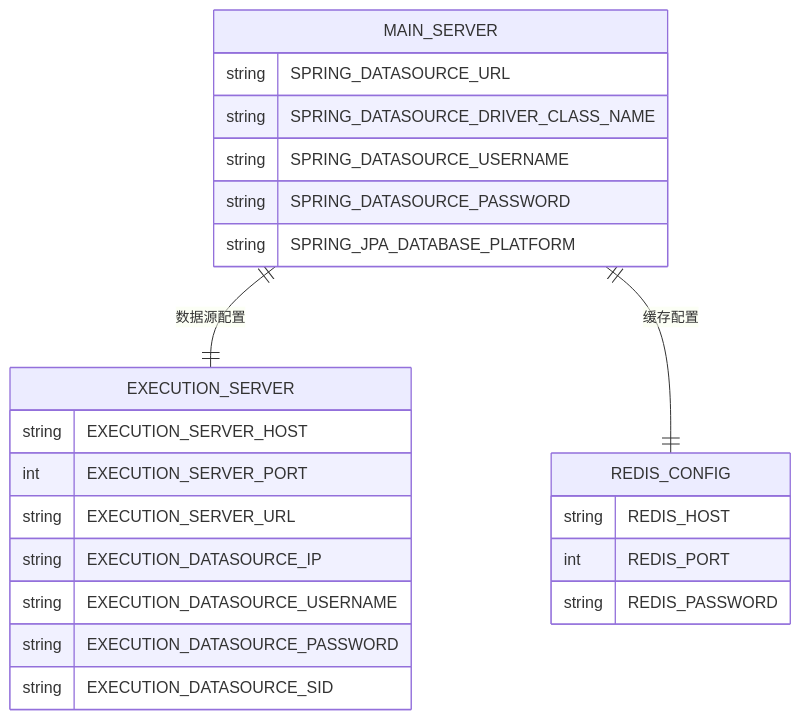
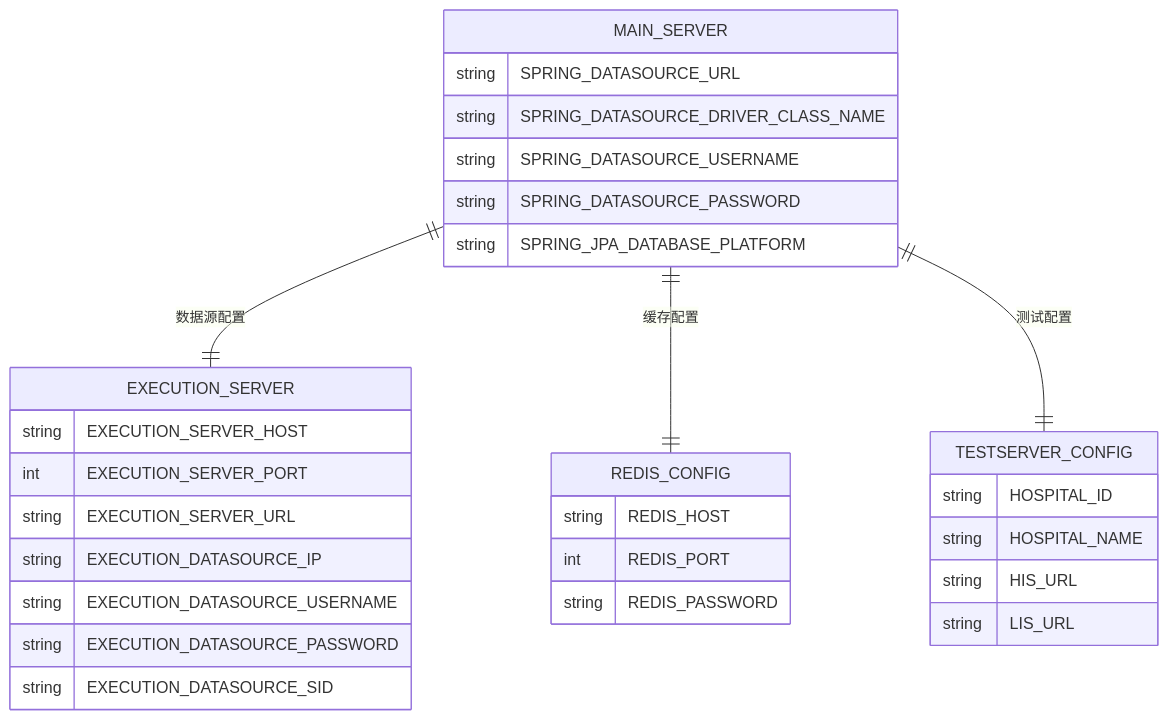
The fourth of 7 diagrams in .qoder/repowiki/zh/content/部署指南/测试服务器部署指南.md (liuzh2008/med_ai_assistant_workspace), drawn with Mermaid before and after one commit. The commit also changed other lines of this file and 3 other files, not shown here.

````diff
--- a/.qoder/repowiki/zh/content/部署指南/测试服务器部署指南.md
+++ b/.qoder/repowiki/zh/content/部署指南/测试服务器部署指南.md
@@ -208,26 +242,33 @@
 ```mermaid
 erDiagram
 MAIN_SERVER {
 string SPRING_DATASOURCE_URL
 string SPRING_DATASOURCE_DRIVER_CLASS_NAME
 string SPRING_DATASOURCE_USERNAME
 string SPRING_DATASOURCE_PASSWORD
 string SPRING_JPA_DATABASE_PLATFORM
 }
 EXECUTION_SERVER {
 string EXECUTION_SERVER_HOST
 int EXECUTION_SERVER_PORT
 string EXECUTION_SERVER_URL
 string EXECUTION_DATASOURCE_IP
 string EXECUTION_DATASOURCE_USERNAME
 string EXECUTION_DATASOURCE_PASSWORD
 string EXECUTION_DATASOURCE_SID
 }
 REDIS_CONFIG {
 string REDIS_HOST
 int REDIS_PORT
 string REDIS_PASSWORD
 }
+TESTSERVER_CONFIG {
+string HOSPITAL_ID
+string HOSPITAL_NAME
+string HIS_URL
+string LIS_URL
+}
 MAIN_SERVER ||--|| EXECUTION_SERVER : "数据源配置"
 MAIN_SERVER ||--|| REDIS_CONFIG : "缓存配置"
+MAIN_SERVER ||--|| TESTSERVER_CONFIG : "测试配置"
 ```
````
